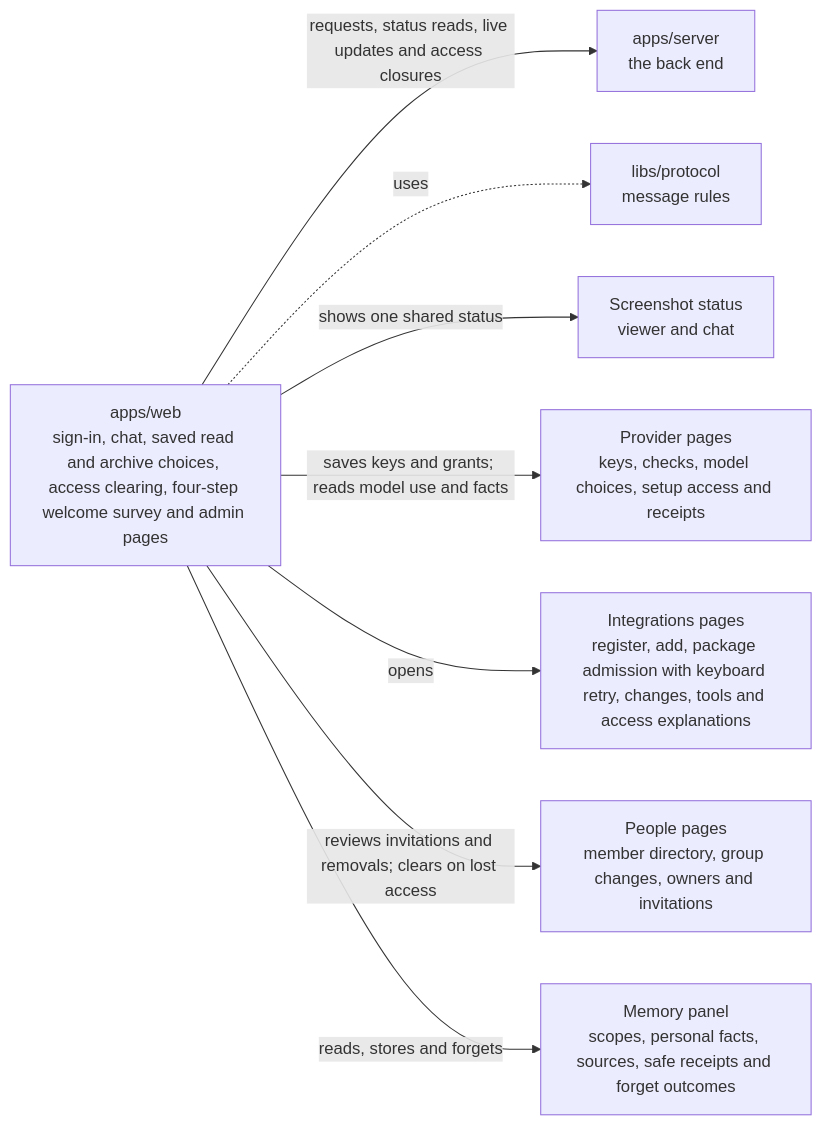
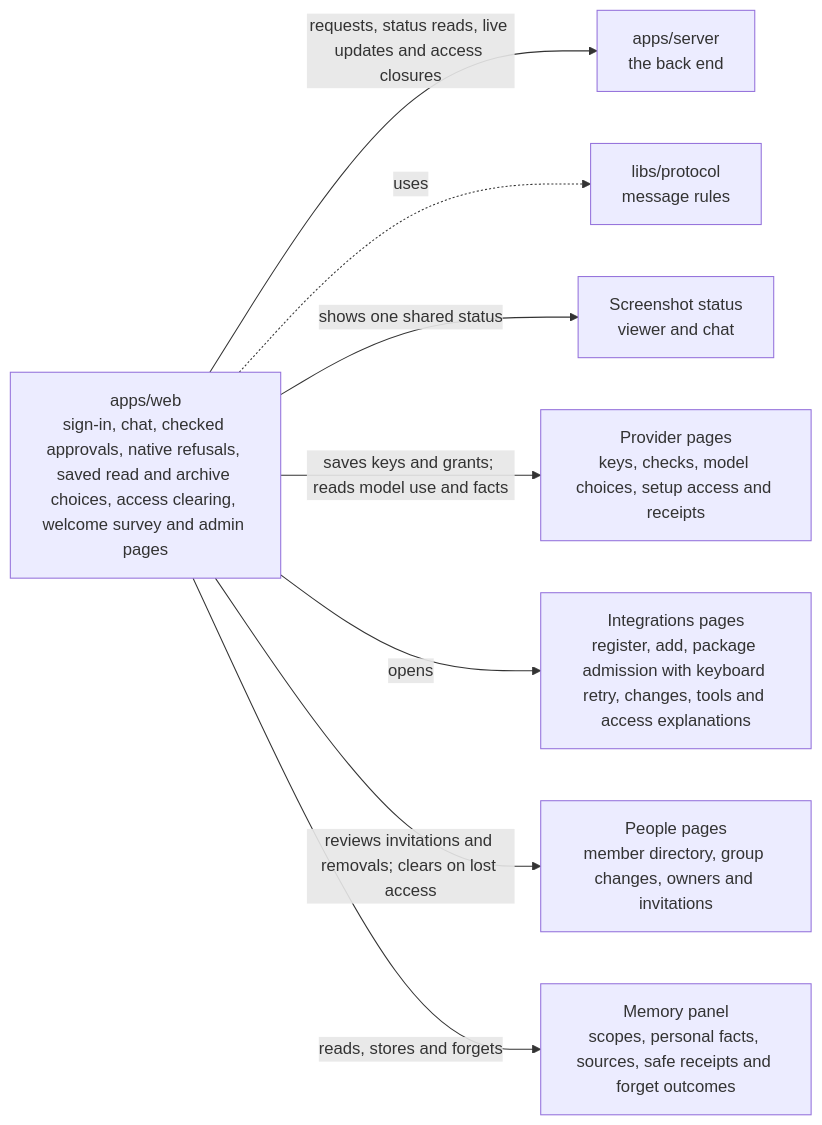
Before and after one commit to elewa-git/opencrane-new: the diagram in apps/web/README.md, drawn with Mermaid. The commit also changed other lines of this file and 27 other files, not shown here.

First line of the commit message:
✋ Chat names the missing approval details and shows refused native consent requests (#469)

````diff
--- a/apps/web/README.md
+++ b/apps/web/README.md
@@ -11,10 +11,10 @@
 ```mermaid
 flowchart LR
-  web["apps/web<br/>sign-in, chat, saved read and archive choices, access clearing, four-step welcome survey and admin pages"] -->|requests, status reads, live updates and access closures| server["apps/server<br/>the back end"]
+  web["apps/web<br/>sign-in, chat, checked approvals, native refusals, saved read and archive choices, access clearing, welcome survey and admin pages"] -->|requests, status reads, live updates and access closures| server["apps/server<br/>the back end"]
   web -.->|uses| protocol["libs/protocol<br/>message rules"]
   web -->|shows one shared status| capture["Screenshot status<br/>viewer and chat"]
   web -->|saves keys and grants; reads model use and facts| providers["Provider pages<br/>keys, checks, model choices, setup access and receipts"]
   web -->|opens| integrations["Integrations pages<br/>register, add, package admission with keyboard retry, changes, tools and access explanations"]
   web -->|reviews invitations and removals; clears on lost access| people["People pages<br/>member directory, group changes, owners and invitations"]
   web -->|reads, stores and forgets| memory["Memory panel<br/>scopes, personal facts, sources, safe receipts and forget outcomes"]
 ```
````
